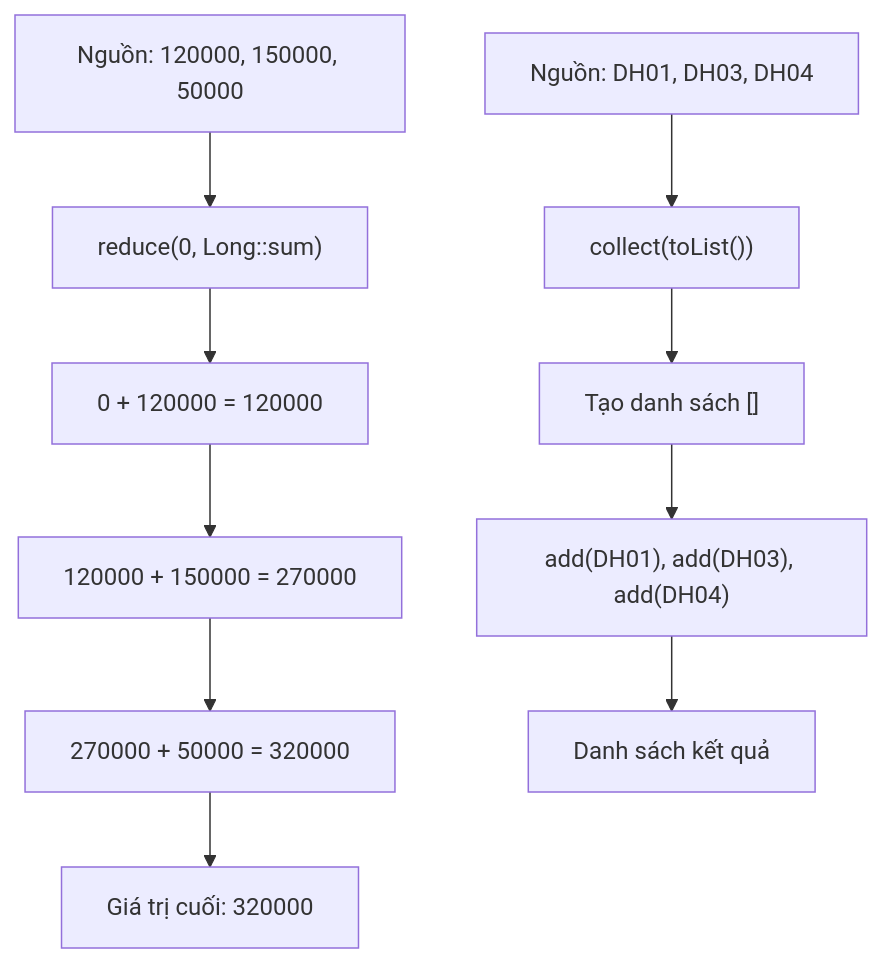
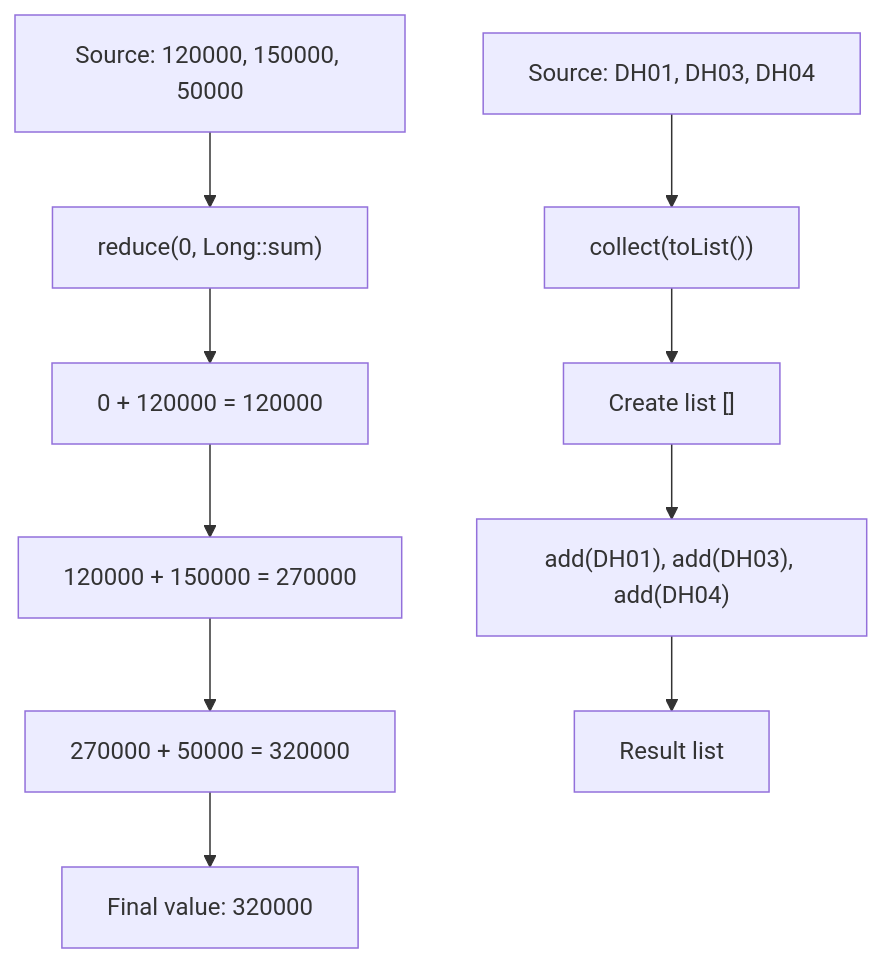
The first of 3 diagrams in module/platform/development/programming/language/java/core/stream-api/content/knowledge/en/13.collect-and-collector-contracts/collect-and-collector-contracts-001.md (phuongnguyenit93/learning-platform-data), drawn with Mermaid before and after one commit. The commit also changed other lines of this file and 2307 other files, not shown here.

```diff
--- a/module/platform/development/programming/language/java/core/stream-api/content/knowledge/en/13.collect-and-collector-contracts/collect-and-collector-contracts-001.md
+++ b/module/platform/development/programming/language/java/core/stream-api/content/knowledge/en/13.collect-and-collector-contracts/collect-and-collector-contracts-001.md
@@ -65,12 +65,12 @@
 ~~~mermaid
 flowchart TD
-    S["Nguồn: 120000, 150000, 50000"] --> R["reduce(0, Long::sum)"]
+    S["Source: 120000, 150000, 50000"] --> R["reduce(0, Long::sum)"]
     R --> R1["0 + 120000 = 120000"]
     R1 --> R2["120000 + 150000 = 270000"]
     R2 --> R3["270000 + 50000 = 320000"]
-    R3 --> V["Giá trị cuối: 320000"]
-    T["Nguồn: DH01, DH03, DH04"] --> C["collect(toList())"]
-    C --> C1["Tạo danh sách []"]
+    R3 --> V["Final value: 320000"]
+    T["Source: DH01, DH03, DH04"] --> C["collect(toList())"]
+    C --> C1["Create list []"]
     C1 --> C2["add(DH01), add(DH03), add(DH04)"]
-    C2 --> L["Danh sách kết quả"]
+    C2 --> L["Result list"]
 ~~~
```
